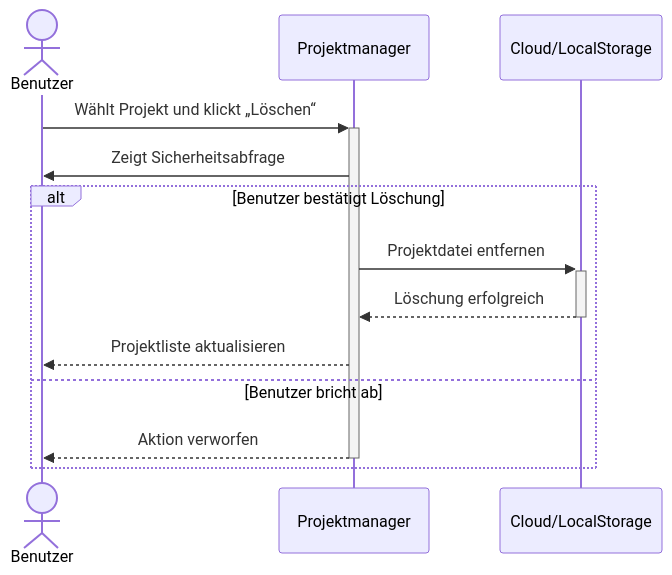
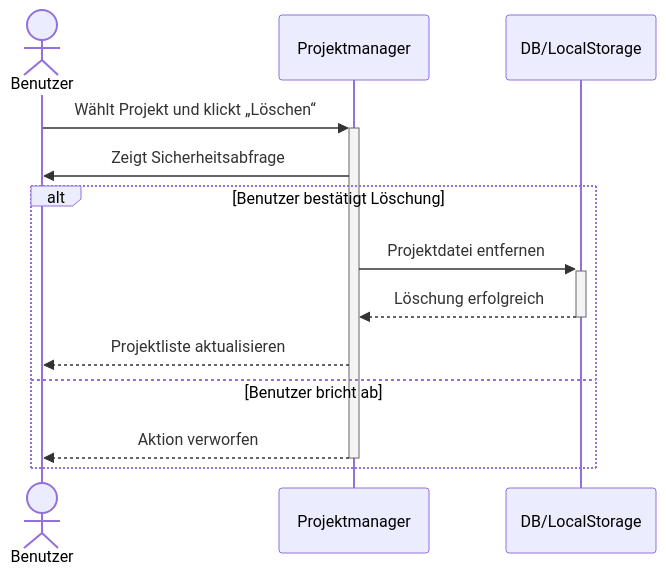
Before and after one commit to SimonJ2222/BitFlow: the fourth of 23 diagrams in docs/use_cases/software_requirements_specification.md, drawn with Mermaid. The commit also changed other lines of this file, not shown here.

Commit message:
Mockups hinzugefügt, Cloud in DB umbenannt

````diff
--- a/docs/use_cases/software_requirements_specification.md
+++ b/docs/use_cases/software_requirements_specification.md
@@ -311,17 +317,17 @@
 ```mermaid
 sequenceDiagram
     actor Benutzer
     participant UI as Projektmanager
-    participant Storage as Cloud/LocalStorage
+    participant Storage as DB/LocalStorage
 
     Benutzer ->>+ UI: Wählt Projekt und klickt „Löschen“
     UI ->> Benutzer: Zeigt Sicherheitsabfrage
     alt Benutzer bestätigt Löschung
         UI ->>+ Storage: Projektdatei entfernen
         Storage -->>- UI: Löschung erfolgreich
         UI -->> Benutzer: Projektliste aktualisieren
     else Benutzer bricht ab
         UI -->>- Benutzer: Aktion verworfen
     end
 
 ```
````
